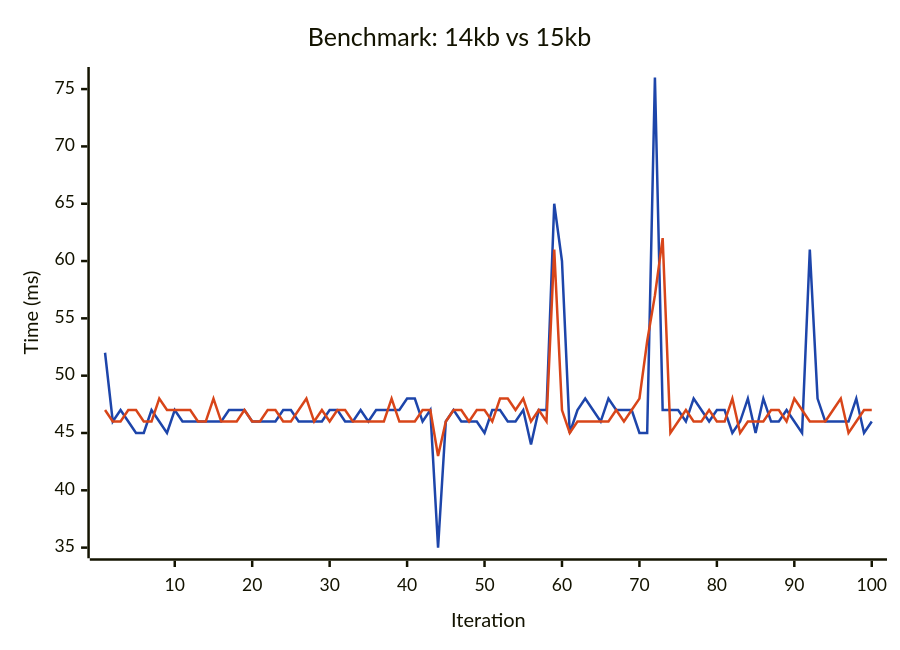
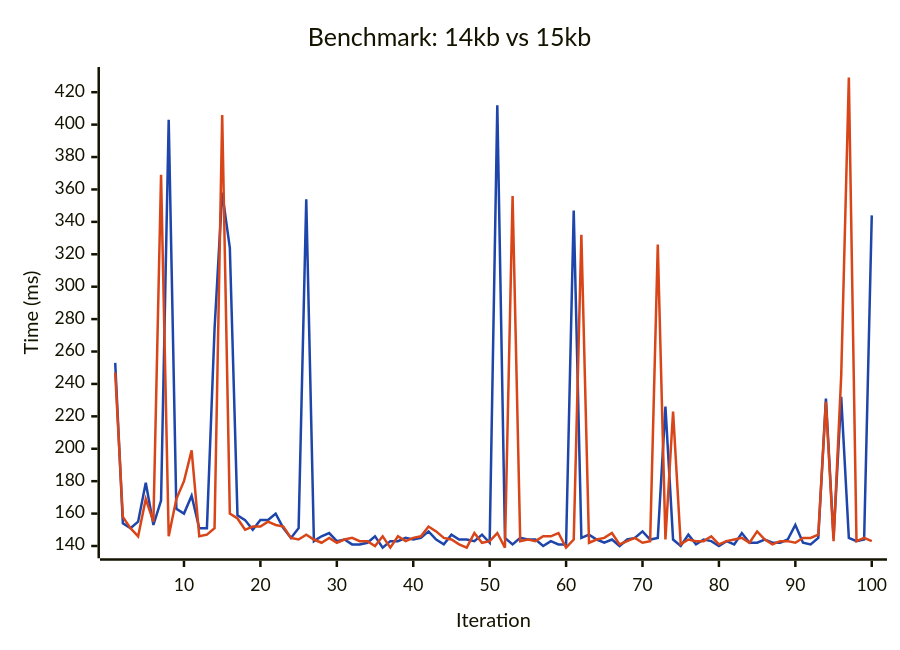
The diagram in benchmark.mmd (fcostarodrigo/14kb), drawn with Mermaid before and after one commit. The commit also changed 3 other files, not shown here.

```diff
--- a/benchmark.mmd
+++ b/benchmark.mmd
@@ -1,7 +1,7 @@
 %%{init: { 'themeVariables': { 'xyChart': { 'plotColorPalette': '#1d45aaff, #d84519ff' } } }}%%
 xychart-beta
   title "Benchmark: 14kb vs 15kb"
   x-axis Iteration 1 --> 100
   y-axis "Time (ms)"
-  line [52, 46, 47, 46, 45, 45, 47, 46, 45, 47, 46, 46, 46, 46, 46, 46, 47, 47, 47, 46, 46, 46, 46, 47, 47, 46, 46, 46, 46, 47, 47, 46, 46, 47, 46, 47, 47, 47, 47, 48, 48, 46, 47, 35, 46, 47, 46, 46, 46, 45, 47, 47, 46, 46, 47, 44, 47, 47, 65, 60, 45, 47, 48, 47, 46, 48, 47, 47, 47, 45, 45, 76, 47, 47, 47, 46, 48, 47, 46, 47, 47, 45, 46, 48, 45, 48, 46, 46, 47, 46, 45, 61, 48, 46, 46, 46, 46, 48, 45, 46]
-  line [47, 46, 46, 47, 47, 46, 46, 48, 47, 47, 47, 47, 46, 46, 48, 46, 46, 46, 47, 46, 46, 47, 47, 46, 46, 47, 48, 46, 47, 46, 47, 47, 46, 46, 46, 46, 46, 48, 46, 46, 46, 47, 47, 43, 46, 47, 47, 46, 47, 47, 46, 48, 48, 47, 48, 46, 47, 46, 61, 47, 45, 46, 46, 46, 46, 46, 47, 46, 47, 48, 53, 57, 62, 45, 46, 47, 46, 46, 47, 46, 46, 48, 45, 46, 46, 46, 47, 47, 46, 48, 47, 46, 46, 46, 47, 48, 45, 46, 47, 47]
+  line [253, 154, 151, 155, 179, 153, 168, 403, 163, 160, 171, 151, 151, 274, 358, 324, 159, 156, 150, 156, 156, 160, 151, 145, 151, 354, 143, 146, 148, 143, 144, 141, 141, 142, 146, 139, 143, 143, 145, 144, 145, 149, 144, 141, 147, 144, 144, 143, 147, 142, 412, 145, 141, 145, 144, 144, 140, 143, 141, 141, 347, 145, 147, 144, 142, 144, 140, 144, 145, 149, 144, 145, 226, 144, 140, 147, 141, 144, 143, 140, 143, 141, 148, 142, 142, 144, 142, 142, 144, 153, 142, 141, 145, 231, 145, 232, 145, 143, 144, 344]
+  line [247, 158, 151, 146, 169, 155, 369, 146, 169, 180, 199, 146, 147, 151, 406, 160, 157, 150, 152, 152, 155, 153, 152, 145, 144, 147, 144, 142, 145, 142, 144, 145, 143, 143, 140, 146, 139, 146, 143, 145, 146, 152, 149, 145, 144, 141, 139, 148, 142, 143, 148, 139, 356, 143, 144, 143, 146, 146, 148, 139, 144, 332, 142, 144, 145, 148, 141, 143, 145, 142, 143, 326, 144, 223, 141, 144, 143, 143, 146, 141, 143, 144, 145, 142, 149, 144, 141, 143, 143, 142, 145, 145, 147, 229, 143, 245, 429, 143, 145, 143]
```
